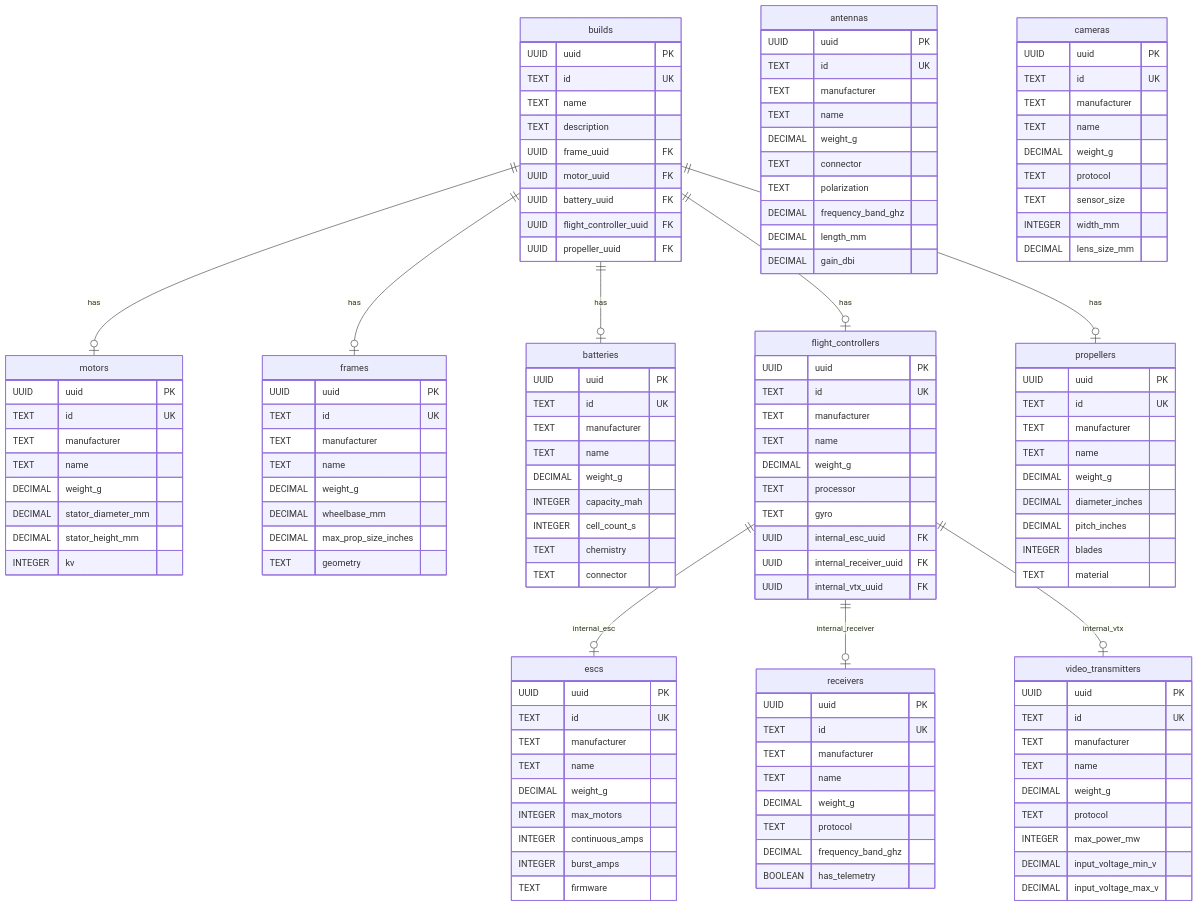
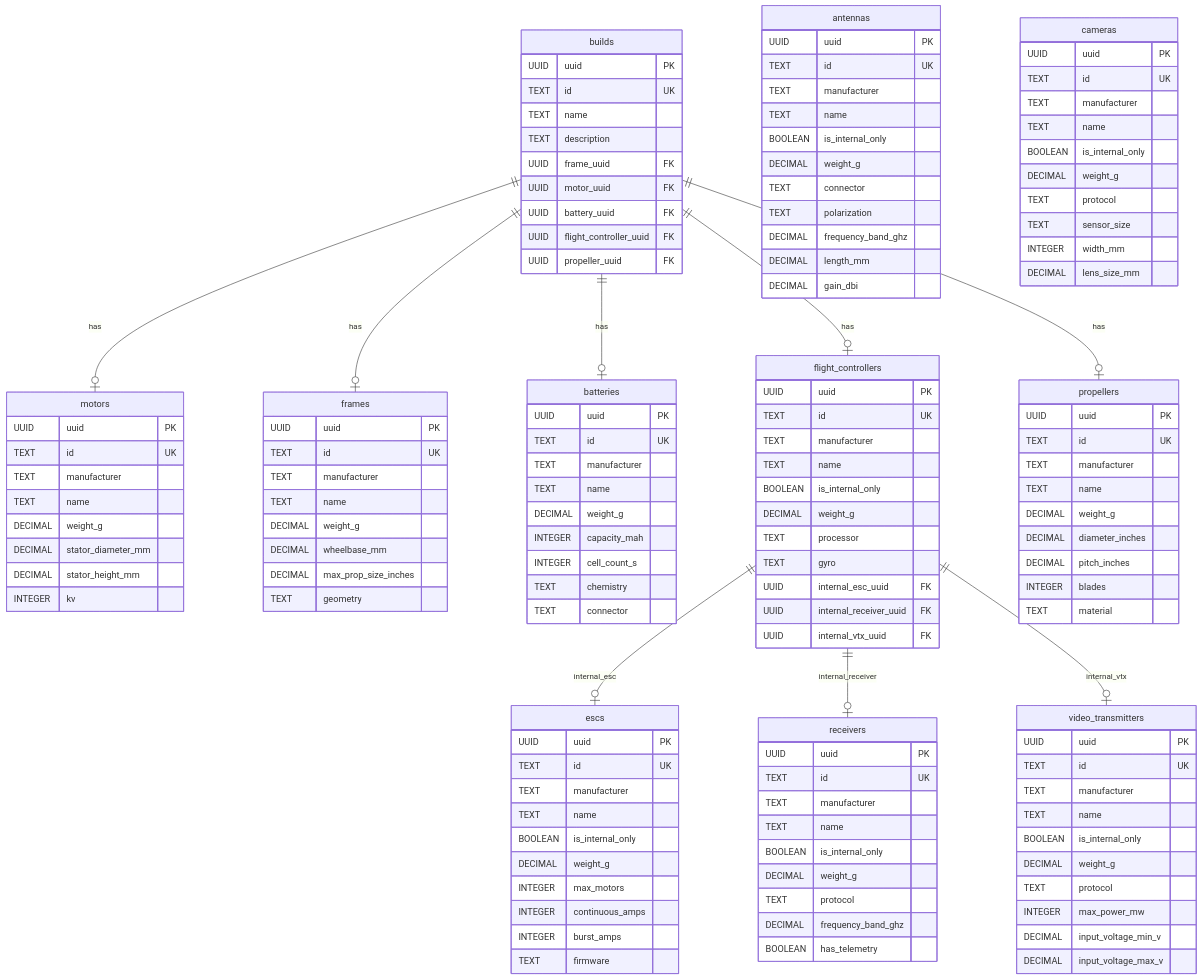
The diagram in backend/db/diagram.mermaid (rohitramu/quadsmith), drawn with Mermaid before and after one commit. The commit also changed 24 other files, not shown here.

Commit message:
Add is_internal_only flag and decouple AIO components

```diff
--- a/backend/db/diagram.mermaid
+++ b/backend/db/diagram.mermaid
@@ -1,141 +1,147 @@
 erDiagram
     builds {
         UUID uuid PK
         TEXT id UK
         TEXT name
         TEXT description
         UUID frame_uuid FK
         UUID motor_uuid FK
         UUID battery_uuid FK
         UUID flight_controller_uuid FK
         UUID propeller_uuid FK
     }
 
     motors {
         UUID uuid PK
         TEXT id UK
         TEXT manufacturer
         TEXT name
         DECIMAL weight_g
         DECIMAL stator_diameter_mm
         DECIMAL stator_height_mm
         INTEGER kv
     }
 
     frames {
         UUID uuid PK
         TEXT id UK
         TEXT manufacturer
         TEXT name
         DECIMAL weight_g
         DECIMAL wheelbase_mm
         DECIMAL max_prop_size_inches
         TEXT geometry
     }
 
     batteries {
         UUID uuid PK
         TEXT id UK
         TEXT manufacturer
         TEXT name
         DECIMAL weight_g
         INTEGER capacity_mah
         INTEGER cell_count_s
         TEXT chemistry
         TEXT connector
     }
 
     flight_controllers {
         UUID uuid PK
         TEXT id UK
         TEXT manufacturer
         TEXT name
+        BOOLEAN is_internal_only
         DECIMAL weight_g
         TEXT processor
         TEXT gyro
         UUID internal_esc_uuid FK
         UUID internal_receiver_uuid FK
         UUID internal_vtx_uuid FK
     }
 
     escs {
         UUID uuid PK
         TEXT id UK
         TEXT manufacturer
         TEXT name
+        BOOLEAN is_internal_only
         DECIMAL weight_g
         INTEGER max_motors
         INTEGER continuous_amps
         INTEGER burst_amps
         TEXT firmware
     }
 
     receivers {
         UUID uuid PK
         TEXT id UK
         TEXT manufacturer
         TEXT name
+        BOOLEAN is_internal_only
         DECIMAL weight_g
         TEXT protocol
         DECIMAL frequency_band_ghz
         BOOLEAN has_telemetry
     }
 
     video_transmitters {
         UUID uuid PK
         TEXT id UK
         TEXT manufacturer
         TEXT name
+        BOOLEAN is_internal_only
         DECIMAL weight_g
         TEXT protocol
         INTEGER max_power_mw
         DECIMAL input_voltage_min_v
         DECIMAL input_voltage_max_v
     }
 
     antennas {
         UUID uuid PK
         TEXT id UK
         TEXT manufacturer
         TEXT name
+        BOOLEAN is_internal_only
         DECIMAL weight_g
         TEXT connector
         TEXT polarization
         DECIMAL frequency_band_ghz
         DECIMAL length_mm
         DECIMAL gain_dbi
     }
 
     propellers {
         UUID uuid PK
         TEXT id UK
         TEXT manufacturer
         TEXT name
         DECIMAL weight_g
         DECIMAL diameter_inches
         DECIMAL pitch_inches
         INTEGER blades
         TEXT material
     }
 
     cameras {
         UUID uuid PK
         TEXT id UK
         TEXT manufacturer
         TEXT name
+        BOOLEAN is_internal_only
         DECIMAL weight_g
         TEXT protocol
         TEXT sensor_size
         INTEGER width_mm
         DECIMAL lens_size_mm
     }
 
     builds ||--o| frames : has
     builds ||--o| motors : has
     builds ||--o| batteries : has
     builds ||--o| flight_controllers : has
     builds ||--o| propellers : has
 
     flight_controllers ||--o| escs : internal_esc
     flight_controllers ||--o| receivers : internal_receiver
     flight_controllers ||--o| video_transmitters : internal_vtx
```
